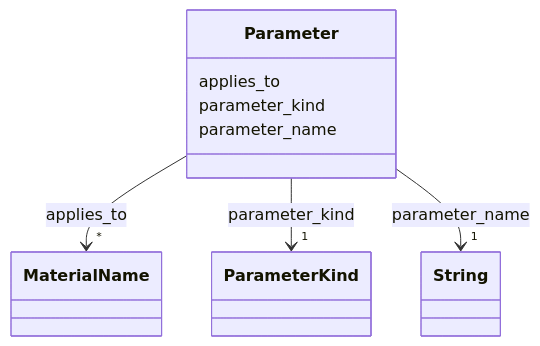
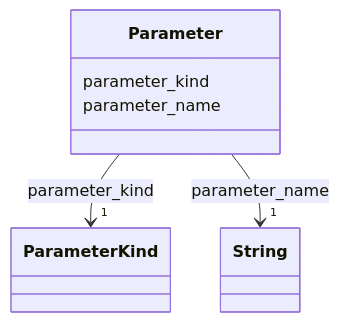
The diagram in docs/model/process/Parameter.md (maikeljsb/rcpc-schema), drawn with Mermaid before and after one commit. The commit also changed other lines of this file and 23 other files, not shown here.

Commit message:
feat(process): move applies_to onto Method as one MaterialCategory

````diff
--- a/docs/model/process/Parameter.md
+++ b/docs/model/process/Parameter.md
@@ -23,39 +23,28 @@
 ```mermaid
  classDiagram
     class Parameter
     click Parameter href "../Parameter/"
-      Parameter : applies_to
-        
-          
-    
-        
-        
-        Parameter --> "*" MaterialName : applies_to
-        click MaterialName href "../MaterialName/"
-    
-
-        
       Parameter : parameter_kind
         
           
     
         
         
         Parameter --> "1" ParameterKind : parameter_kind
         click ParameterKind href "../ParameterKind/"
     
 
         
       Parameter : parameter_name
         
           
     
         
         
         Parameter --> "1" String : parameter_name
         click String href "../http://www.w3.org/2001/XMLSchema#string/"
     
 
         
       
 ```
````
